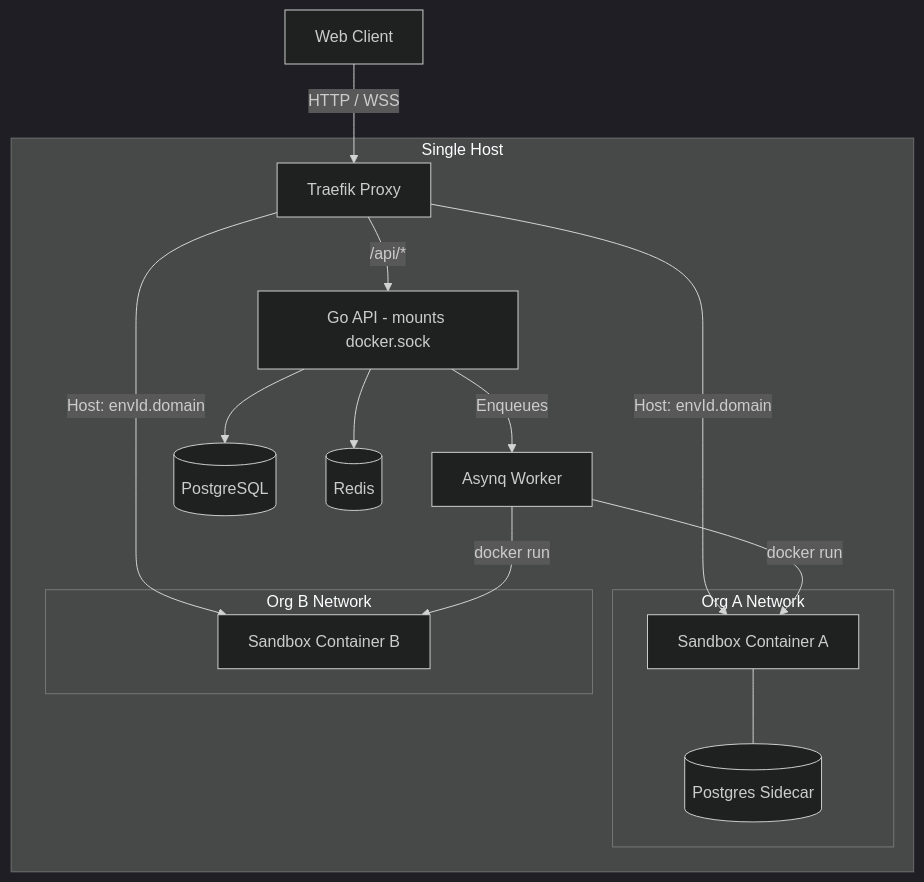
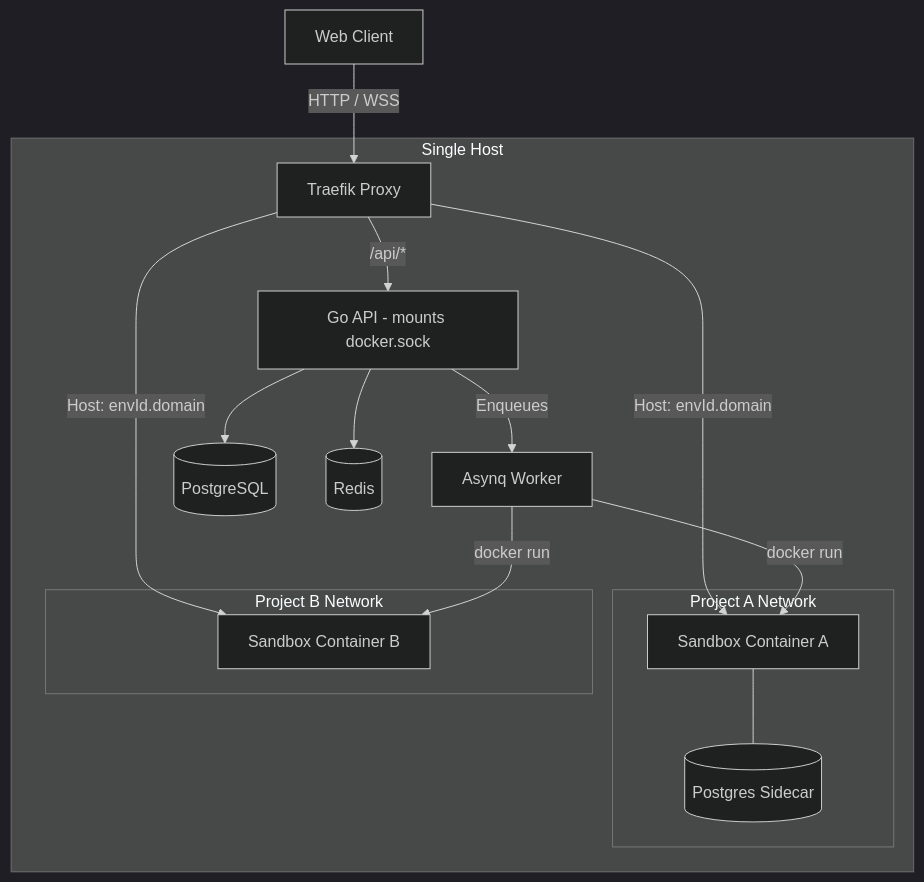
The first of 3 diagrams in docs/ARCHITECTURE.md (AyushCN/api-sandbox), drawn with Mermaid (dark theme) before and after one commit. The commit also changed other lines of this file and 9 other files, not shown here.

````diff
--- a/docs/ARCHITECTURE.md
+++ b/docs/ARCHITECTURE.md
@@ -11,32 +11,32 @@
 ```mermaid
 graph TD
     Client[Web Client]
     subgraph Single Host
         Traefik[Traefik Proxy]
         Backend[Go API - mounts docker.sock]
         Worker[Asynq Worker]
         PostgreSQL[(PostgreSQL)]
         Redis[(Redis)]
 
-        subgraph Org A Network
+        subgraph Project A Network
             EnvA[Sandbox Container A]
             DB_A[(Postgres Sidecar)]
             EnvA --- DB_A
         end
 
-        subgraph Org B Network
+        subgraph Project B Network
             EnvB[Sandbox Container B]
         end
     end
 
     Client -->|HTTP / WSS| Traefik
     Traefik -->|/api/*| Backend
     Traefik -->|Host: envId.domain| EnvA
     Traefik -->|Host: envId.domain| EnvB
 
     Backend --> PostgreSQL
     Backend --> Redis
     Backend -->|Enqueues| Worker
     Worker -->|docker run| EnvA
     Worker -->|docker run| EnvB
 ```
````
